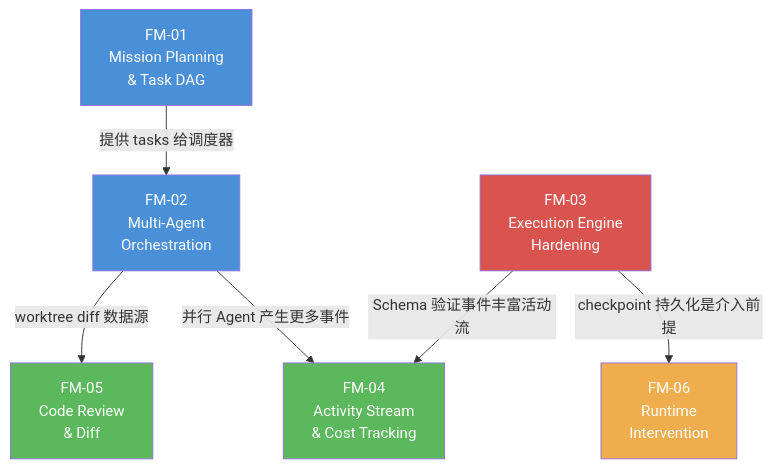
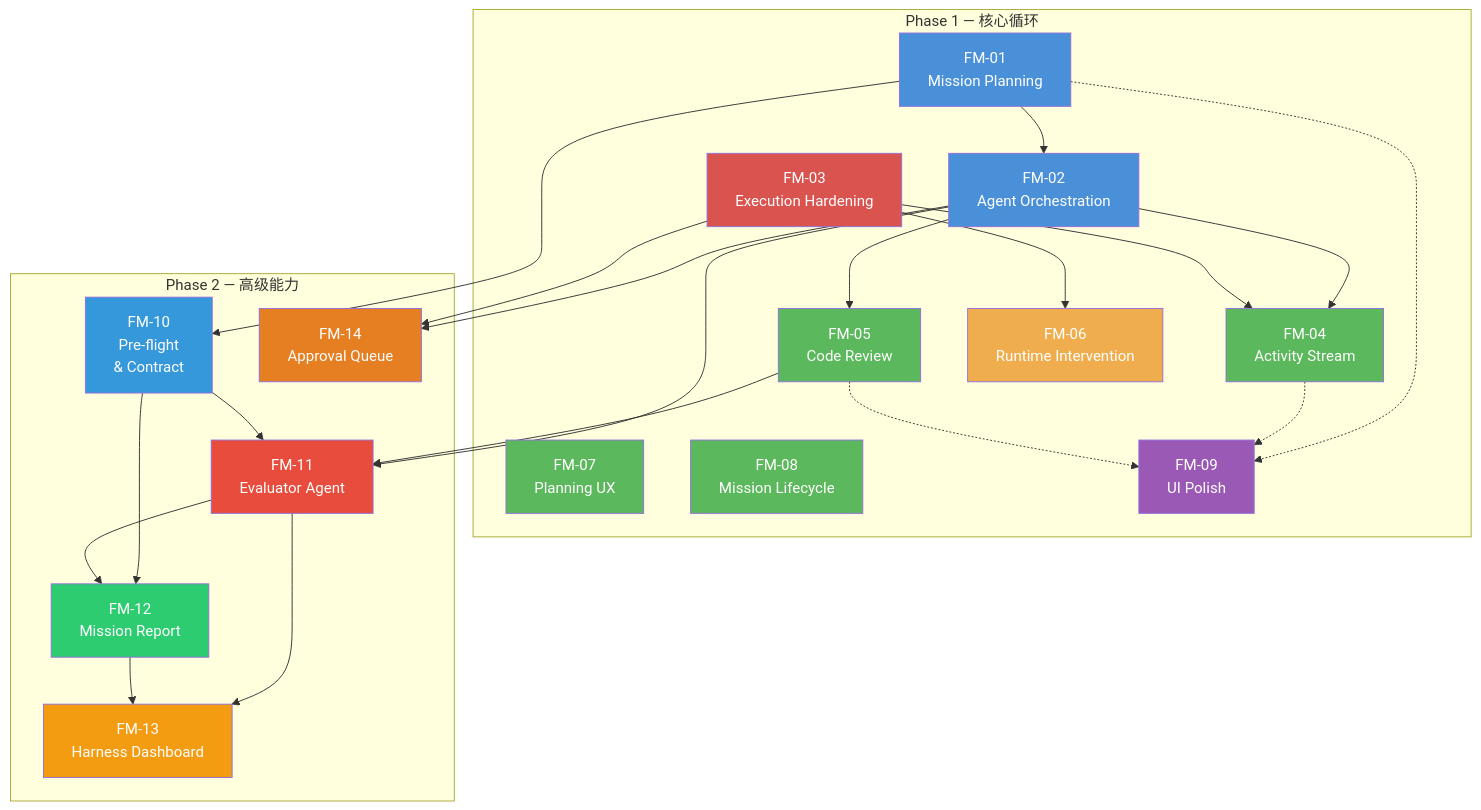
One commit to MirageLyu/agent_swarm changed the diagram in docs/requirements/00-module-overview.md. Above: the diagram before and after it, drawn with Mermaid. The commit also changed other lines of this file and 100 other files, not shown here.

````diff
--- a/docs/requirements/00-module-overview.md
+++ b/docs/requirements/00-module-overview.md
@@ -27,22 +39,57 @@
 ```mermaid
 graph TD
-    FM01["FM-01<br/>Mission Planning<br/>& Task DAG"]
-    FM02["FM-02<br/>Multi-Agent<br/>Orchestration"]
-    FM03["FM-03<br/>Execution Engine<br/>Hardening"]
-    FM04["FM-04<br/>Activity Stream<br/>& Cost Tracking"]
-    FM05["FM-05<br/>Code Review<br/>& Diff"]
-    FM06["FM-06<br/>Runtime<br/>Intervention"]
+    subgraph Phase1["Phase 1 — 核心循环"]
+        FM01["FM-01<br/>Mission Planning"]
+        FM02["FM-02<br/>Agent Orchestration"]
+        FM03["FM-03<br/>Execution Hardening"]
+        FM04["FM-04<br/>Activity Stream"]
+        FM05["FM-05<br/>Code Review"]
+        FM06["FM-06<br/>Runtime Intervention"]
+        FM07["FM-07<br/>Planning UX"]
+        FM08["FM-08<br/>Mission Lifecycle"]
+        FM09["FM-09<br/>UI Polish"]
+    end
 
-    FM01 -->|"提供 tasks 给调度器"| FM02
-    FM02 -->|"并行 Agent 产生更多事件"| FM04
-    FM02 -->|"worktree diff 数据源"| FM05
-    FM03 -->|"checkpoint 持久化是介入前提"| FM06
-    FM03 -->|"Schema 验证事件丰富活动流"| FM04
+    subgraph Phase2["Phase 2 — 高级能力"]
+        FM10["FM-10<br/>Pre-flight<br/>& Contract"]
+        FM11["FM-11<br/>Evaluator Agent"]
+        FM12["FM-12<br/>Mission Report"]
+        FM13["FM-13<br/>Harness Dashboard"]
+        FM14["FM-14<br/>Approval Queue"]
+    end
+
+    FM01 --> FM02
+    FM02 --> FM04
+    FM02 --> FM05
+    FM03 --> FM06
+    FM03 --> FM04
+    FM01 -.-> FM09
+    FM04 -.-> FM09
+    FM05 -.-> FM09
+
+    FM01 --> FM10
+    FM10 --> FM11
+    FM02 --> FM11
+    FM05 --> FM11
+    FM10 --> FM12
+    FM11 --> FM12
+    FM11 --> FM13
+    FM12 --> FM13
+    FM02 --> FM14
+    FM03 --> FM14
 
     style FM01 fill:#4A90D9,color:#fff
     style FM02 fill:#4A90D9,color:#fff
     style FM03 fill:#D9534F,color:#fff
     style FM04 fill:#5CB85C,color:#fff
     style FM05 fill:#5CB85C,color:#fff
     style FM06 fill:#F0AD4E,color:#fff
+    style FM07 fill:#5CB85C,color:#fff
+    style FM08 fill:#5CB85C,color:#fff
+    style FM09 fill:#9B59B6,color:#fff
+    style FM10 fill:#3498DB,color:#fff
+    style FM11 fill:#E74C3C,color:#fff
+    style FM12 fill:#2ECC71,color:#fff
+    style FM13 fill:#F39C12,color:#fff
+    style FM14 fill:#E67E22,color:#fff
 ```
````
